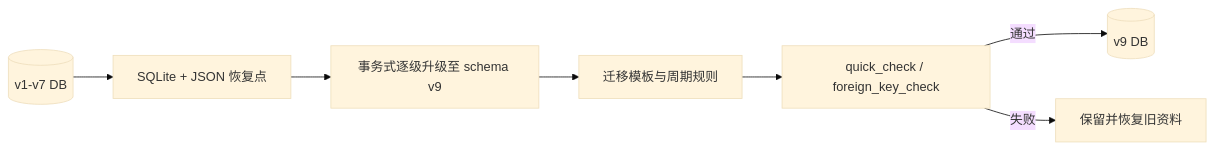
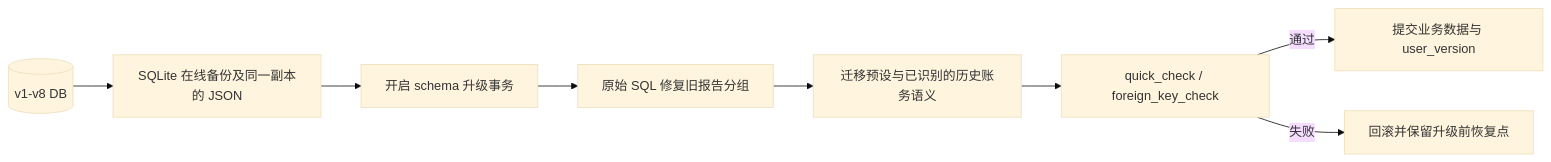
The diagram in docs/DATA_DESIGN.md (lawpowen/finance-compass-app), drawn with Mermaid (base theme) before and after one commit. The commit also changed other lines of this file and 148 other files, not shown here.

````diff
--- a/docs/DATA_DESIGN.md
+++ b/docs/DATA_DESIGN.md
@@ -25,9 +55,10 @@
 ```mermaid
 flowchart LR
-  V6[(v1-v7 DB)] --> B[SQLite + JSON 恢复点]
-  B --> M[事务式逐级升级至 schema v9]
-  M --> P[迁移模板与周期规则]
+  V6[(v1-v8 DB)] --> B[SQLite 在线备份及同一副本的 JSON]
+  B --> M[开启 schema 升级事务]
+  M --> G[原始 SQL 修复旧报告分组]
+  G --> P[迁移预设与已识别的历史账务语义]
   P --> Q[quick_check / foreign_key_check]
-  Q -->|通过| V9[(v9 DB)]
-  Q -->|失败| R[保留并恢复旧资料]
+  Q -->|通过| V9[提交业务数据与 user_version]
+  Q -->|失败| R[回滚并保留升级前恢复点]
 ```
````
